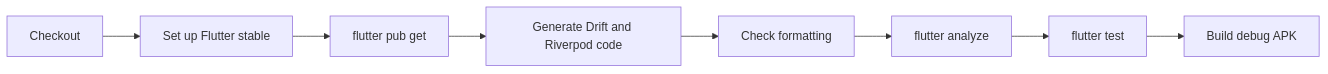
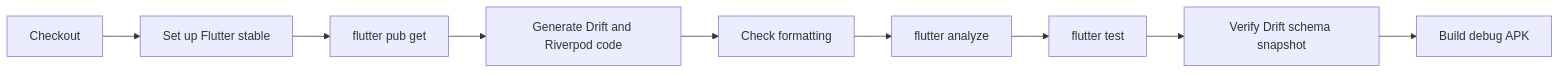
One commit to hunter-goller/Groovefolio changed the diagram in docs/architecture/ci-cd.md. Above: the diagram before and after it, drawn with Mermaid. The commit also changed other lines of this file and 24 other files, not shown here.

````diff
--- a/docs/architecture/ci-cd.md
+++ b/docs/architecture/ci-cd.md
@@ -10,10 +10,11 @@
 ```mermaid
 flowchart LR
     C[Checkout] --> F[Set up Flutter stable]
     F --> P[flutter pub get]
     P --> G[Generate Drift and Riverpod code]
     G --> M[Check formatting]
     M --> A[flutter analyze]
     A --> T[flutter test]
-    T --> B[Build debug APK]
+    T --> S[Verify Drift schema snapshot]
+    S --> B[Build debug APK]
 ```
````
